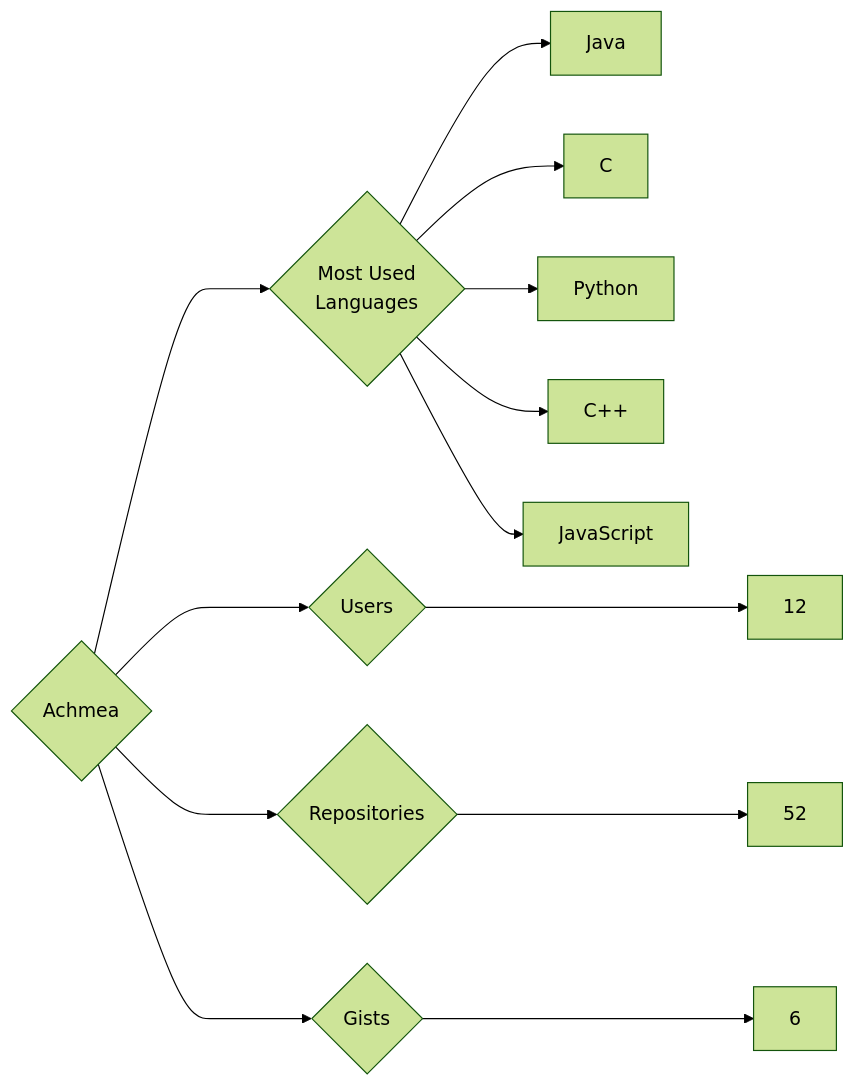
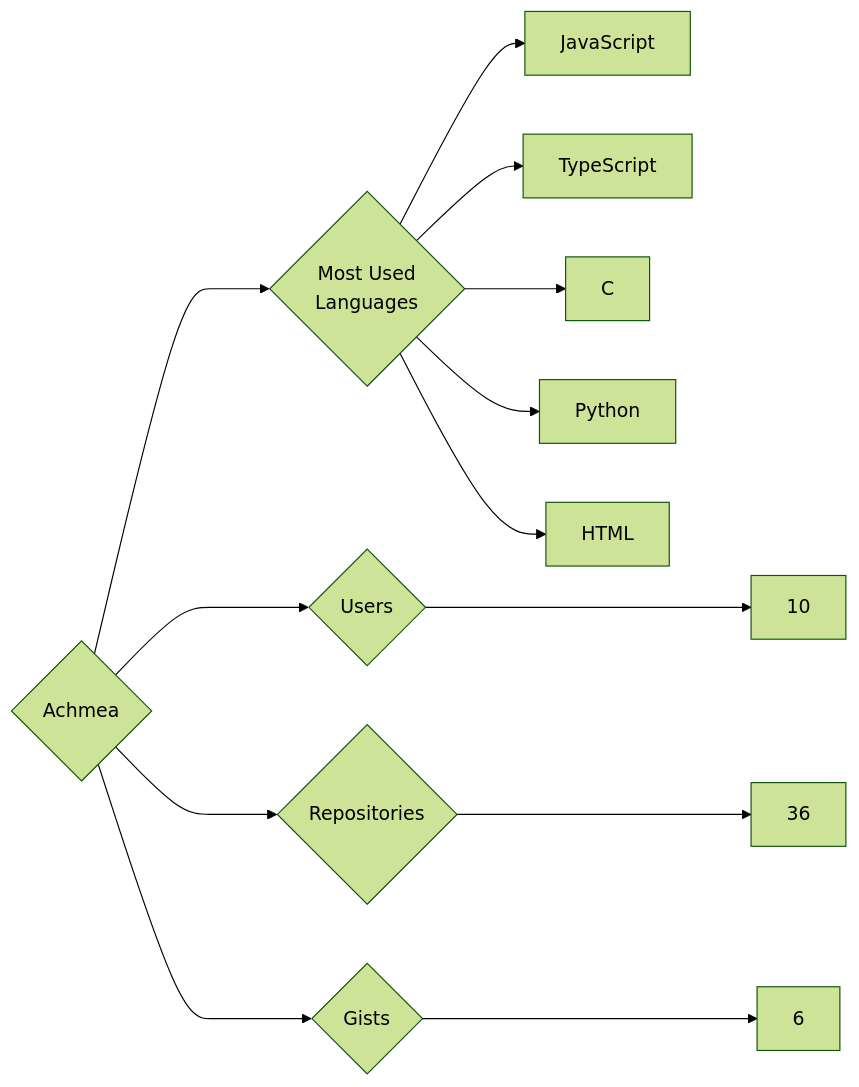
The diagram in targets/Achmea/README.md (trickest/insiders), drawn with Mermaid (forest theme) before and after one commit. The commit also changed 682 other files, not shown here.

````diff
--- a/targets/Achmea/README.md
+++ b/targets/Achmea/README.md
@@ -3,13 +3,13 @@
 ```mermaid
 graph LR
 COMPANY_NAME{Achmea}
-COMPANY_NAME ---> U{Users} ---> UN[12]
-COMPANY_NAME ---> R{Repositories} ---> RN[52]
+COMPANY_NAME ---> U{Users} ---> UN[10]
+COMPANY_NAME ---> R{Repositories} ---> RN[36]
 COMPANY_NAME ---> G{Gists} ---> GN[6]
 COMPANY_NAME ---> ML{Most Used<br>Languages}
-ML --> Java[Java]
+ML --> JavaScript[JavaScript]
+ML --> TypeScript[TypeScript]
 ML --> C[C]
 ML --> Python[Python]
-ML --> C++[C++]
-ML --> JavaScript[JavaScript]
+ML --> HTML[HTML]
 ```
````
